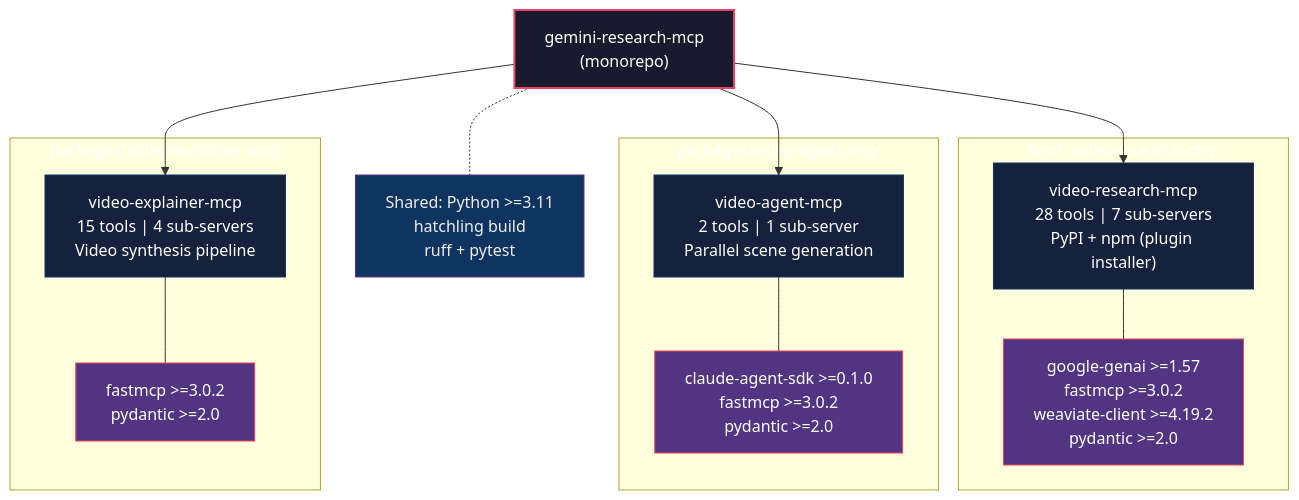
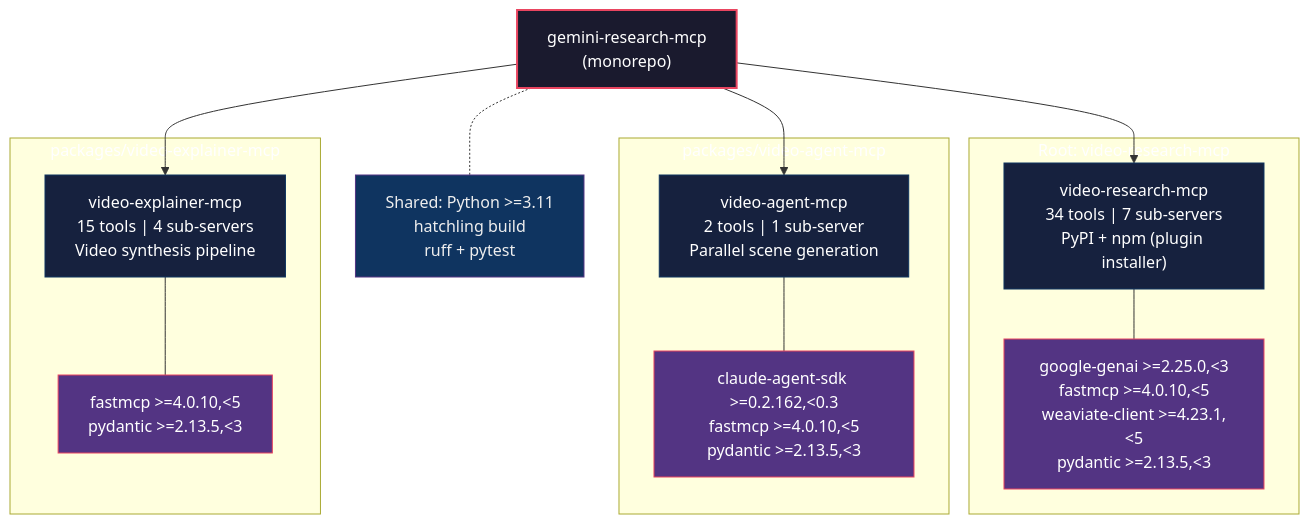
Before and after one commit to Galbaz1/video-research-mcp: the seventh of 7 diagrams in docs/DIAGRAMS.md, drawn with Mermaid. The commit also changed 12 other files, not shown here.

First line of the commit message:
docs(onboarding): align setup and architecture with current runtime

````diff
--- a/docs/DIAGRAMS.md
+++ b/docs/DIAGRAMS.md
@@ -439,34 +439,34 @@
 ```mermaid
 graph TD
     classDef root fill:#1a1a2e,stroke:#e94560,color:#fff,stroke-width:2px
     classDef pkg fill:#16213e,stroke:#0f3460,color:#fff,stroke-width:1px
     classDef detail fill:#0f3460,stroke:#533483,color:#eee,stroke-width:1px
     classDef dep fill:#533483,stroke:#e94560,color:#fff,stroke-width:1px
 
     REPO["gemini-research-mcp<br/>(monorepo)"]:::root
 
     subgraph "Root: video-research-mcp"
-        ROOT_PKG["video-research-mcp<br/>28 tools | 7 sub-servers<br/>PyPI + npm (plugin installer)"]:::pkg
-        ROOT_DEPS["google-genai >=1.57<br/>fastmcp >=3.0.2<br/>weaviate-client >=4.19.2<br/>pydantic >=2.0"]:::dep
+        ROOT_PKG["video-research-mcp<br/>34 tools | 7 sub-servers<br/>PyPI + npm (plugin installer)"]:::pkg
+        ROOT_DEPS["google-genai >=2.25.0,<3<br/>fastmcp >=4.0.10,<5<br/>weaviate-client >=4.23.1,<5<br/>pydantic >=2.13.5,<3"]:::dep
         ROOT_PKG --- ROOT_DEPS
     end
 
     subgraph "packages/video-agent-mcp"
         AGENT_PKG["video-agent-mcp<br/>2 tools | 1 sub-server<br/>Parallel scene generation"]:::pkg
-        AGENT_DEPS["claude-agent-sdk >=0.1.0<br/>fastmcp >=3.0.2<br/>pydantic >=2.0"]:::dep
+        AGENT_DEPS["claude-agent-sdk >=0.2.162,<0.3<br/>fastmcp >=4.0.10,<5<br/>pydantic >=2.13.5,<3"]:::dep
         AGENT_PKG --- AGENT_DEPS
     end
 
     subgraph "packages/video-explainer-mcp"
         EXPLAINER_PKG["video-explainer-mcp<br/>15 tools | 4 sub-servers<br/>Video synthesis pipeline"]:::pkg
-        EXPLAINER_DEPS["fastmcp >=3.0.2<br/>pydantic >=2.0"]:::dep
+        EXPLAINER_DEPS["fastmcp >=4.0.10,<5<br/>pydantic >=2.13.5,<3"]:::dep
         EXPLAINER_PKG --- EXPLAINER_DEPS
     end
 
     REPO --> ROOT_PKG
     REPO --> AGENT_PKG
     REPO --> EXPLAINER_PKG
 
     SHARED["Shared: Python >=3.11<br/>hatchling build<br/>ruff + pytest"]:::detail
     REPO -.- SHARED
 ```
````
